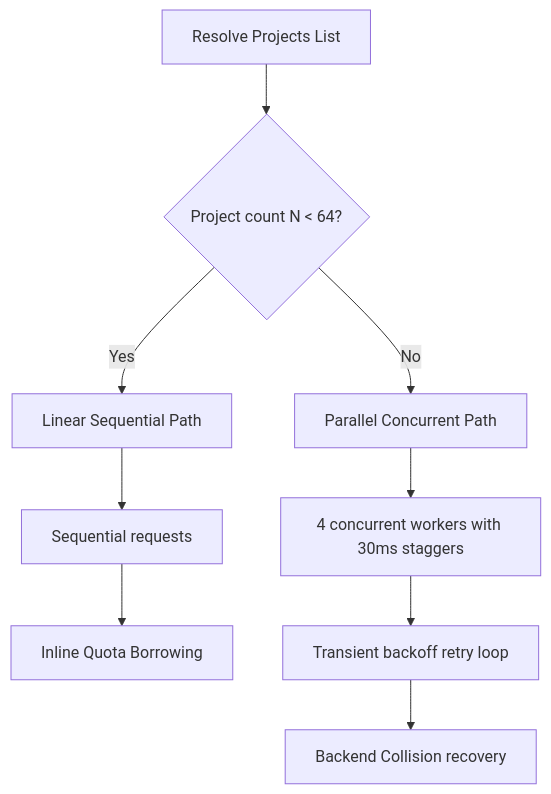
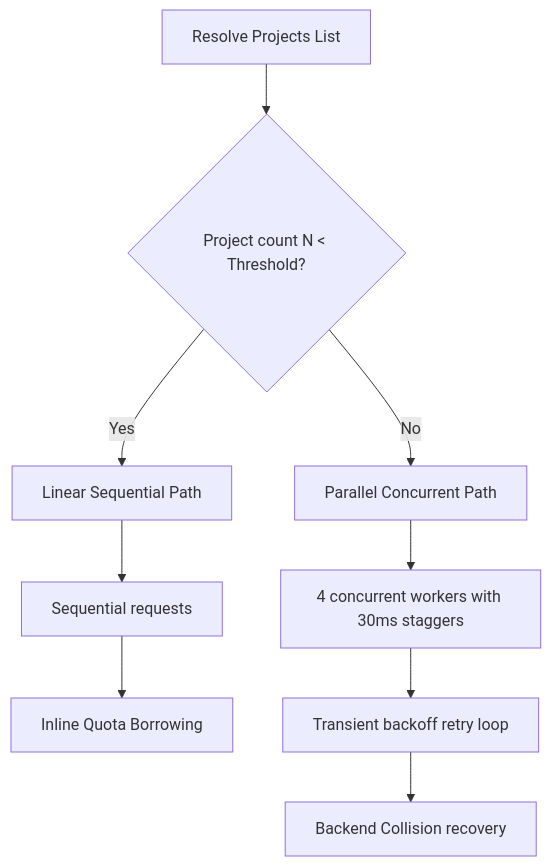
Before and after one commit to minherz/api-keys-finder: the diagram in README.md, drawn with Mermaid. The commit also changed other lines of this file, not shown here.

````diff
--- a/README.md
+++ b/README.md
@@ -43,13 +37,13 @@
 ```mermaid
 flowchart TD
-    A[Resolve Projects List] --> B{Project count N < 64?}
+    A[Resolve Projects List] --> B{Project count N < Threshold?}
     B -- Yes --> C[Linear Sequential Path]
     B -- No --> D[Parallel Concurrent Path]
     
     C --> C1[Sequential requests]
     C1 --> C2[Inline Quota Borrowing]
     
     D --> D1[4 concurrent workers with 30ms staggers]
     D1 --> D2[Transient backoff retry loop]
     D2 --> D3[Backend Collision recovery]
 ```
````
